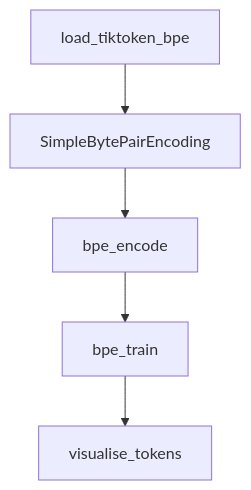
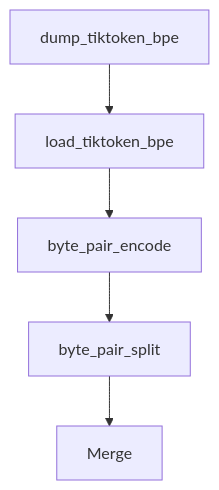
The diagram in tutorials/tiktoken-tutorial/02-tokenization-mechanics.md (johnxie/awesome-code-docs), drawn with Mermaid before and after one commit. The commit also changed other lines of this file and 1232 other files, not shown here.

````diff
--- a/tutorials/tiktoken-tutorial/02-tokenization-mechanics.md
+++ b/tutorials/tiktoken-tutorial/02-tokenization-mechanics.md
@@ -259,12 +253,12 @@
 ```mermaid
 flowchart TD
-    A[load_tiktoken_bpe]
-    B[SimpleBytePairEncoding]
-    C[bpe_encode]
-    D[bpe_train]
-    E[visualise_tokens]
+    A[dump_tiktoken_bpe]
+    B[load_tiktoken_bpe]
+    C[byte_pair_encode]
+    D[byte_pair_split]
+    E[Merge]
     A --> B
     B --> C
     C --> D
     D --> E
 ```
````
